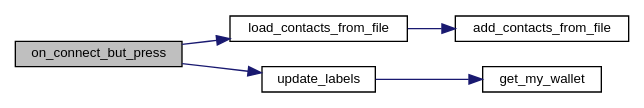
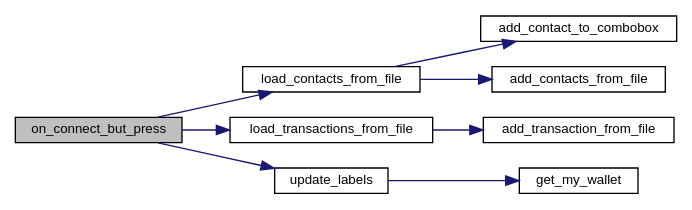
One commit to nathan-rabet/PEPITAS-Cryptocurrency changed the diagram in docs/documentation/ui_8c_aa118feebec7cfa09ac8e958107872c47_cgraph.dot. Above: the diagram before and after it, drawn with Graphviz. The commit also changed 227 other files, not shown here.

```diff
--- a/docs/documentation/ui_8c_aa118feebec7cfa09ac8e958107872c47_cgraph.dot
+++ b/docs/documentation/ui_8c_aa118feebec7cfa09ac8e958107872c47_cgraph.dot
@@ -1,16 +1,22 @@
 digraph "on_connect_but_press"
 {
  // LATEX_PDF_SIZE
   edge [fontname="Helvetica",fontsize="10",labelfontname="Helvetica",labelfontsize="10"];
   node [fontname="Helvetica",fontsize="10",shape=record];
   rankdir="LR";
   Node1 [label="on_connect_but_press",height=0.2,width=0.4,color="black", fillcolor="grey75", style="filled", fontcolor="black",tooltip=" "];
   Node1 -> Node2 [color="midnightblue",fontsize="10",style="solid",fontname="Helvetica"];
   Node2 [label="load_contacts_from_file",height=0.2,width=0.4,color="black", fillcolor="white", style="filled",URL="$ui_8c.html#a73fe931a2fbeb2086428ad91c0cbc05e",tooltip=" "];
   Node2 -> Node3 [color="midnightblue",fontsize="10",style="solid",fontname="Helvetica"];
-  Node3 [label="add_contacts_from_file",height=0.2,width=0.4,color="black", fillcolor="white", style="filled",URL="$ui_8c.html#a3cce6cef71ccb6ae5dd4c9ca852eb31f",tooltip=" "];
-  Node1 -> Node4 [color="midnightblue",fontsize="10",style="solid",fontname="Helvetica"];
-  Node4 [label="update_labels",height=0.2,width=0.4,color="black", fillcolor="white", style="filled",URL="$ui_8c.html#af1854ec5ff4099ed69a1b51a3fd3b3df",tooltip=" "];
-  Node4 -> Node5 [color="midnightblue",fontsize="10",style="solid",fontname="Helvetica"];
-  Node5 [label="get_my_wallet",height=0.2,width=0.4,color="black", fillcolor="white", style="filled",URL="$wallet_8h.html#a993fb7ec0c86c7a2d8ff68363e9f5304",tooltip="Get my wallet object."];
+  Node3 [label="add_contact_to_combobox",height=0.2,width=0.4,color="black", fillcolor="white", style="filled",URL="$ui_8c.html#acfeb1c1504a9c8dab16b48f4ee0a8324",tooltip=" "];
+  Node2 -> Node4 [color="midnightblue",fontsize="10",style="solid",fontname="Helvetica"];
+  Node4 [label="add_contacts_from_file",height=0.2,width=0.4,color="black", fillcolor="white", style="filled",URL="$ui_8c.html#a3cce6cef71ccb6ae5dd4c9ca852eb31f",tooltip=" "];
+  Node1 -> Node5 [color="midnightblue",fontsize="10",style="solid",fontname="Helvetica"];
+  Node5 [label="load_transactions_from_file",height=0.2,width=0.4,color="black", fillcolor="white", style="filled",URL="$ui_8c.html#a8909bf913522e177fc1629b07c32420c",tooltip=" "];
+  Node5 -> Node6 [color="midnightblue",fontsize="10",style="solid",fontname="Helvetica"];
+  Node6 [label="add_transaction_from_file",height=0.2,width=0.4,color="black", fillcolor="white", style="filled",URL="$ui_8c.html#addfd36df97e95e6d913426e07a659057",tooltip=" "];
+  Node1 -> Node7 [color="midnightblue",fontsize="10",style="solid",fontname="Helvetica"];
+  Node7 [label="update_labels",height=0.2,width=0.4,color="black", fillcolor="white", style="filled",URL="$ui_8c.html#af1854ec5ff4099ed69a1b51a3fd3b3df",tooltip=" "];
+  Node7 -> Node8 [color="midnightblue",fontsize="10",style="solid",fontname="Helvetica"];
+  Node8 [label="get_my_wallet",height=0.2,width=0.4,color="black", fillcolor="white", style="filled",URL="$wallet_8h.html#a993fb7ec0c86c7a2d8ff68363e9f5304",tooltip="Get my wallet object."];
 }
```
